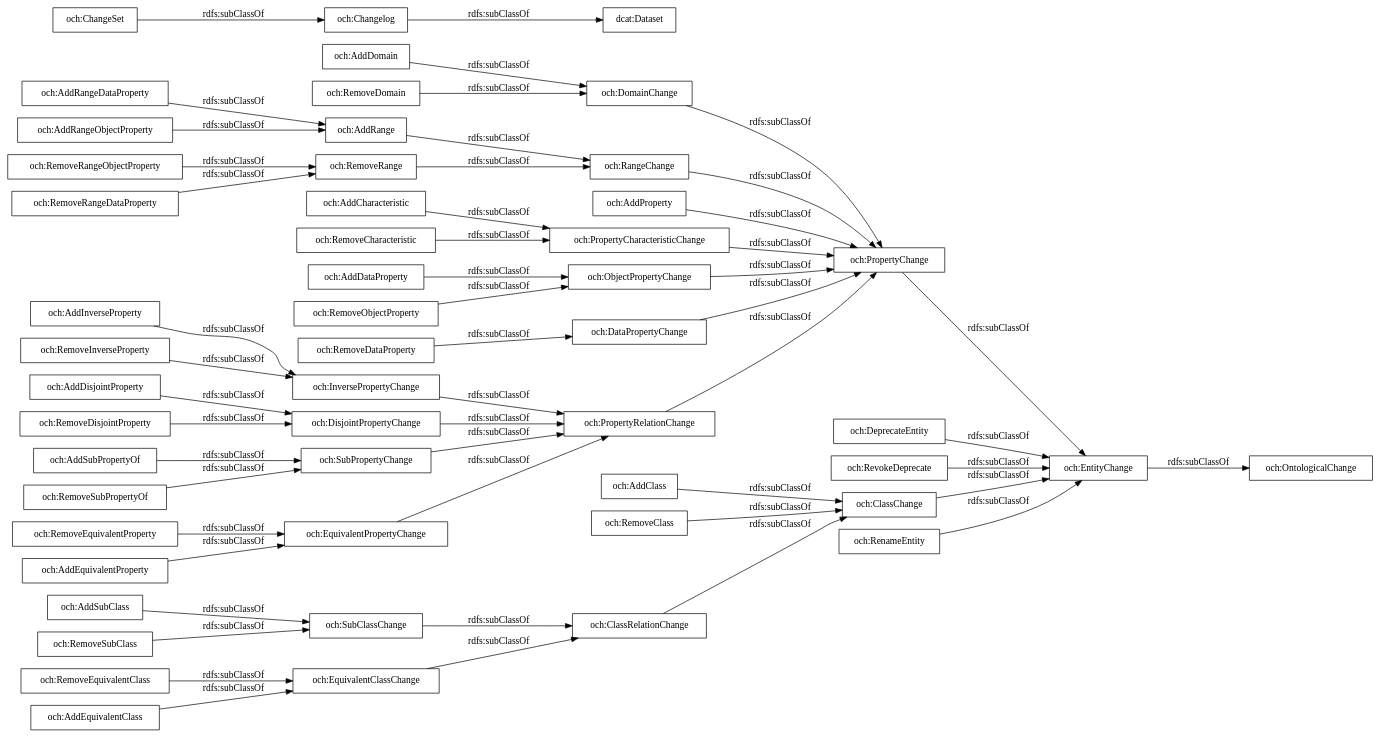
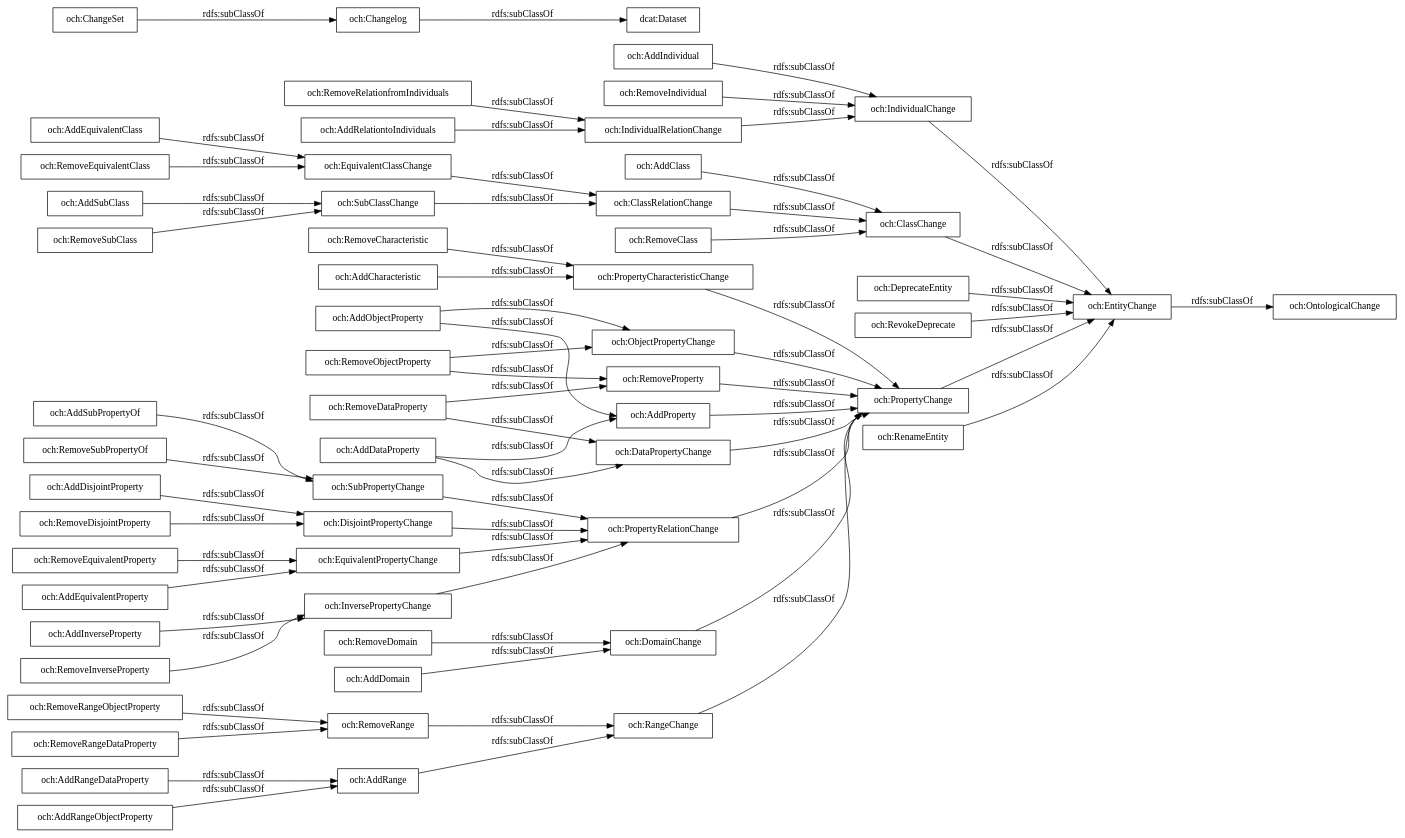
One commit to oeg-upm/OWLChangeOntology changed the diagram in OnToology/och_v2.ttl/diagrams/ar2dtool-taxonomy/och_v2.ttl.png.dot. Above: the diagram before and after it, drawn with Graphviz. The commit also changed 13 other files, not shown here.

```diff
--- a/OnToology/och_v2.ttl/diagrams/ar2dtool-taxonomy/och_v2.ttl.png.dot
+++ b/OnToology/och_v2.ttl/diagrams/ar2dtool-taxonomy/och_v2.ttl.png.dot
@@ -1,55 +1,67 @@
 digraph ar2dtool_diagram { 
 rankdir=LR;
 size="1000"
-node [shape = rectangle, color="black"]; "och:AddSubClass" "och:RemoveDomain" "och:PropertyCharacteristicChange" "och:AddRangeDataProperty" "och:ObjectPropertyChange" "och:AddSubPropertyOf" "och:RemoveEquivalentProperty" "och:ClassChange" "och:EntityChange" "och:EquivalentClassChange" "och:AddClass" "och:RemoveRangeObjectProperty" "och:RemoveSubClass" "och:DataPropertyChange" "och:ClassRelationChange" "och:RemoveRange" "och:AddRangeObjectProperty" "och:RemoveObjectProperty" "och:PropertyRelationChange" "och:DeprecateEntity" "och:RevokeDeprecate" "och:DomainChange" "och:AddEquivalentClass" "och:OntologicalChange" "och:PropertyChange" "och:SubPropertyChange" "och:RemoveCharacteristic" "och:RemoveDataProperty" "och:AddDisjointProperty" "och:RemoveClass" "och:RemoveEquivalentClass" "och:RemoveDisjointProperty" "och:Changelog" "och:DisjointPropertyChange" "och:RemoveRangeDataProperty" "och:AddRange" "och:AddInverseProperty" "dcat:Dataset" "och:RenameEntity" "och:RemoveInverseProperty" "och:SubClassChange" "och:AddCharacteristic" "och:RemoveSubPropertyOf" "och:AddEquivalentProperty" "och:EquivalentPropertyChange" "och:RangeChange" "och:AddDomain" "och:AddDataProperty" "och:InversePropertyChange" "och:ChangeSet" "och:AddProperty" ; /*classes style*/
+node [shape = rectangle, color="black"]; "och:AddSubClass" "och:RemoveDomain" "och:PropertyCharacteristicChange" "och:AddRangeDataProperty" "och:ObjectPropertyChange" "och:IndividualChange" "och:AddSubPropertyOf" "och:RemoveEquivalentProperty" "och:ClassChange" "och:EntityChange" "och:EquivalentClassChange" "och:AddIndividual" "och:AddClass" "och:RemoveRelationfromIndividuals" "och:AddObjectProperty" "och:RemoveRangeObjectProperty" "och:RemoveSubClass" "och:DataPropertyChange" "och:ClassRelationChange" "och:RemoveRange" "och:AddRangeObjectProperty" "och:RemoveObjectProperty" "och:PropertyRelationChange" "och:DeprecateEntity" "och:RevokeDeprecate" "och:DomainChange" "och:AddEquivalentClass" "och:OntologicalChange" "och:PropertyChange" "och:RemoveProperty" "och:SubPropertyChange" "och:RemoveCharacteristic" "och:RemoveDataProperty" "och:AddDisjointProperty" "och:RemoveClass" "och:RemoveIndividual" "och:RemoveEquivalentClass" "och:IndividualRelationChange" "och:RemoveDisjointProperty" "och:Changelog" "och:DisjointPropertyChange" "och:RemoveRangeDataProperty" "och:AddRange" "och:AddInverseProperty" "dcat:Dataset" "och:RenameEntity" "och:RemoveInverseProperty" "och:SubClassChange" "och:AddCharacteristic" "och:RemoveSubPropertyOf" "och:AddEquivalentProperty" "och:EquivalentPropertyChange" "och:RangeChange" "och:AddDomain" "och:AddDataProperty" "och:InversePropertyChange" "och:ChangeSet" "och:AddProperty" "och:AddRelationtoIndividuals" ; /*classes style*/
 	"och:AddInverseProperty" -> "och:InversePropertyChange" [ label = "rdfs:subClassOf" ];
+	"och:IndividualRelationChange" -> "och:IndividualChange" [ label = "rdfs:subClassOf" ];
 	"och:AddDomain" -> "och:DomainChange" [ label = "rdfs:subClassOf" ];
 	"och:SubClassChange" -> "och:ClassRelationChange" [ label = "rdfs:subClassOf" ];
 	"och:EntityChange" -> "och:OntologicalChange" [ label = "rdfs:subClassOf" ];
 	"och:AddRangeObjectProperty" -> "och:AddRange" [ label = "rdfs:subClassOf" ];
 	"och:InversePropertyChange" -> "och:PropertyRelationChange" [ label = "rdfs:subClassOf" ];
 	"och:AddRangeDataProperty" -> "och:AddRange" [ label = "rdfs:subClassOf" ];
+	"och:RemoveIndividual" -> "och:IndividualChange" [ label = "rdfs:subClassOf" ];
 	"och:AddClass" -> "och:ClassChange" [ label = "rdfs:subClassOf" ];
 	"och:EquivalentClassChange" -> "och:ClassRelationChange" [ label = "rdfs:subClassOf" ];
 	"och:AddProperty" -> "och:PropertyChange" [ label = "rdfs:subClassOf" ];
 	"och:Changelog" -> "dcat:Dataset" [ label = "rdfs:subClassOf" ];
 	"och:ClassChange" -> "och:EntityChange" [ label = "rdfs:subClassOf" ];
 	"och:AddSubClass" -> "och:SubClassChange" [ label = "rdfs:subClassOf" ];
 	"och:PropertyCharacteristicChange" -> "och:PropertyChange" [ label = "rdfs:subClassOf" ];
 	"och:RangeChange" -> "och:PropertyChange" [ label = "rdfs:subClassOf" ];
 	"och:PropertyRelationChange" -> "och:PropertyChange" [ label = "rdfs:subClassOf" ];
 	"och:RenameEntity" -> "och:EntityChange" [ label = "rdfs:subClassOf" ];
 	"och:AddEquivalentClass" -> "och:EquivalentClassChange" [ label = "rdfs:subClassOf" ];
 	"och:ChangeSet" -> "och:Changelog" [ label = "rdfs:subClassOf" ];
 	"och:AddDisjointProperty" -> "och:DisjointPropertyChange" [ label = "rdfs:subClassOf" ];
 	"och:SubPropertyChange" -> "och:PropertyRelationChange" [ label = "rdfs:subClassOf" ];
 	"och:DataPropertyChange" -> "och:PropertyChange" [ label = "rdfs:subClassOf" ];
 	"och:RemoveDisjointProperty" -> "och:DisjointPropertyChange" [ label = "rdfs:subClassOf" ];
 	"och:RemoveEquivalentProperty" -> "och:EquivalentPropertyChange" [ label = "rdfs:subClassOf" ];
 	"och:DomainChange" -> "och:PropertyChange" [ label = "rdfs:subClassOf" ];
+	"och:RemoveProperty" -> "och:PropertyChange" [ label = "rdfs:subClassOf" ];
+	"och:AddRelationtoIndividuals" -> "och:IndividualRelationChange" [ label = "rdfs:subClassOf" ];
 	"och:DisjointPropertyChange" -> "och:PropertyRelationChange" [ label = "rdfs:subClassOf" ];
 	"och:RevokeDeprecate" -> "och:EntityChange" [ label = "rdfs:subClassOf" ];
 	"och:AddSubPropertyOf" -> "och:SubPropertyChange" [ label = "rdfs:subClassOf" ];
 	"och:RemoveRangeObjectProperty" -> "och:RemoveRange" [ label = "rdfs:subClassOf" ];
 	"och:RemoveClass" -> "och:ClassChange" [ label = "rdfs:subClassOf" ];
 	"och:RemoveSubClass" -> "och:SubClassChange" [ label = "rdfs:subClassOf" ];
+	"och:IndividualChange" -> "och:EntityChange" [ label = "rdfs:subClassOf" ];
 	"och:RemoveInverseProperty" -> "och:InversePropertyChange" [ label = "rdfs:subClassOf" ];
 	"och:RemoveCharacteristic" -> "och:PropertyCharacteristicChange" [ label = "rdfs:subClassOf" ];
 	"och:EquivalentPropertyChange" -> "och:PropertyRelationChange" [ label = "rdfs:subClassOf" ];
+	"och:RemoveRelationfromIndividuals" -> "och:IndividualRelationChange" [ label = "rdfs:subClassOf" ];
+	"och:AddObjectProperty" -> "och:AddProperty" [ label = "rdfs:subClassOf" ];
+	"och:AddObjectProperty" -> "och:ObjectPropertyChange" [ label = "rdfs:subClassOf" ];
+	"och:RemoveObjectProperty" -> "och:ObjectPropertyChange" [ label = "rdfs:subClassOf" ];
+	"och:RemoveObjectProperty" -> "och:RemoveProperty" [ label = "rdfs:subClassOf" ];
 	"och:RemoveDomain" -> "och:DomainChange" [ label = "rdfs:subClassOf" ];
-	"och:RemoveObjectProperty" -> "och:ObjectPropertyChange" [ label = "rdfs:subClassOf" ];
+	"och:AddIndividual" -> "och:IndividualChange" [ label = "rdfs:subClassOf" ];
 	"och:AddRange" -> "och:RangeChange" [ label = "rdfs:subClassOf" ];
 	"och:ClassRelationChange" -> "och:ClassChange" [ label = "rdfs:subClassOf" ];
 	"och:RemoveRange" -> "och:RangeChange" [ label = "rdfs:subClassOf" ];
 	"och:RemoveSubPropertyOf" -> "och:SubPropertyChange" [ label = "rdfs:subClassOf" ];
 	"och:RemoveRangeDataProperty" -> "och:RemoveRange" [ label = "rdfs:subClassOf" ];
 	"och:AddCharacteristic" -> "och:PropertyCharacteristicChange" [ label = "rdfs:subClassOf" ];
 	"och:ObjectPropertyChange" -> "och:PropertyChange" [ label = "rdfs:subClassOf" ];
-	"och:AddDataProperty" -> "och:ObjectPropertyChange" [ label = "rdfs:subClassOf" ];
+	"och:AddDataProperty" -> "och:AddProperty" [ label = "rdfs:subClassOf" ];
+	"och:AddDataProperty" -> "och:DataPropertyChange" [ label = "rdfs:subClassOf" ];
 	"och:RemoveEquivalentClass" -> "och:EquivalentClassChange" [ label = "rdfs:subClassOf" ];
 	"och:AddEquivalentProperty" -> "och:EquivalentPropertyChange" [ label = "rdfs:subClassOf" ];
 	"och:RemoveDataProperty" -> "och:DataPropertyChange" [ label = "rdfs:subClassOf" ];
+	"och:RemoveDataProperty" -> "och:RemoveProperty" [ label = "rdfs:subClassOf" ];
 	"och:PropertyChange" -> "och:EntityChange" [ label = "rdfs:subClassOf" ];
 	"och:DeprecateEntity" -> "och:EntityChange" [ label = "rdfs:subClassOf" ];
 
 }
```
